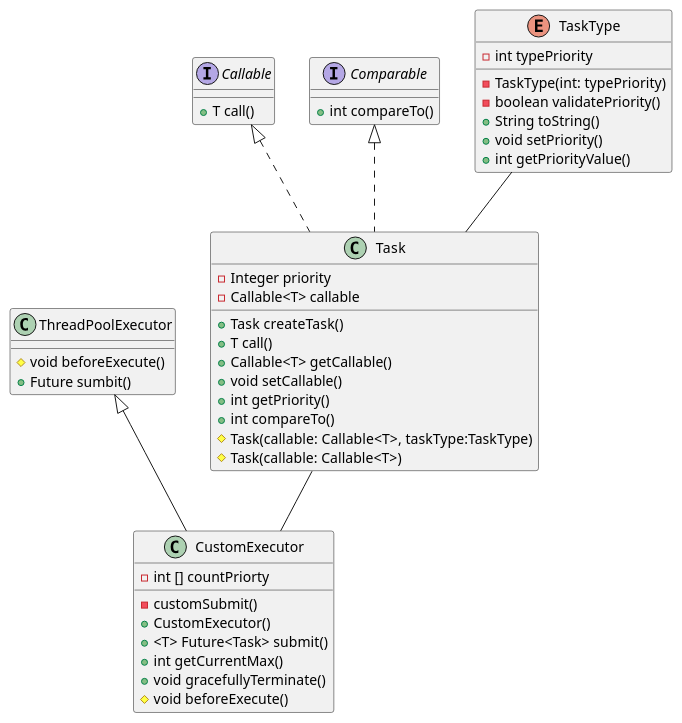
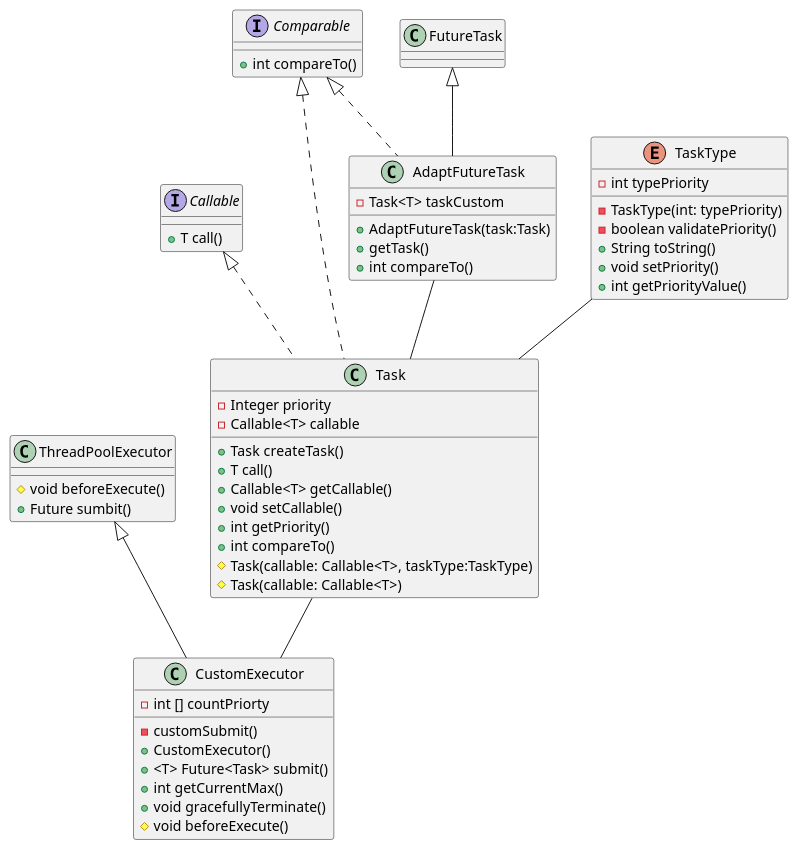
The diagram in src/part2/part2.puml (Kfirul/OOP_2), drawn with PlantUML before and after one commit. The commit also changed 9 other files, not shown here.

```diff
--- a/src/part2/part2.puml
+++ b/src/part2/part2.puml
@@ -1,50 +1,58 @@
 @startuml
 Class Task implements Callable, Comparable{
 - Integer priority
 - Callable<T> callable
 + Task createTask()
 + T call()
 +  Callable<T> getCallable()
 + void setCallable()
 + int getPriority()
 + int compareTo()
 # Task(callable: Callable<T>, taskType:TaskType)
 # Task(callable: Callable<T>)
 }
 enum TaskType{
 -TaskType(int: typePriority)
 -int typePriority
 -boolean validatePriority()
 +String toString()
 +void setPriority()
 +int getPriorityValue()
 }
 Class CustomExecutor extends ThreadPoolExecutor{
 - int [] countPriorty
 - customSubmit()
 + CustomExecutor()
 +<T> Future<Task> submit()
 +int getCurrentMax()
 +void gracefullyTerminate()
 # void beforeExecute()
 }
 
 
 Interface Callable{
 +T call()
 }
 Interface Comparable{
 +int compareTo()
 }
 Class ThreadPoolExecutor{
 #void beforeExecute()
 +Future sumbit()
 }
 
+Class AdaptFutureTask extends FutureTask implements Comparable{
+-Task<T> taskCustom
++AdaptFutureTask(task:Task)
++getTask()
++int compareTo()
+}
+
 Task--CustomExecutor
 TaskType--Task
+AdaptFutureTask--Task
 
 
 
 
 @enduml
```
